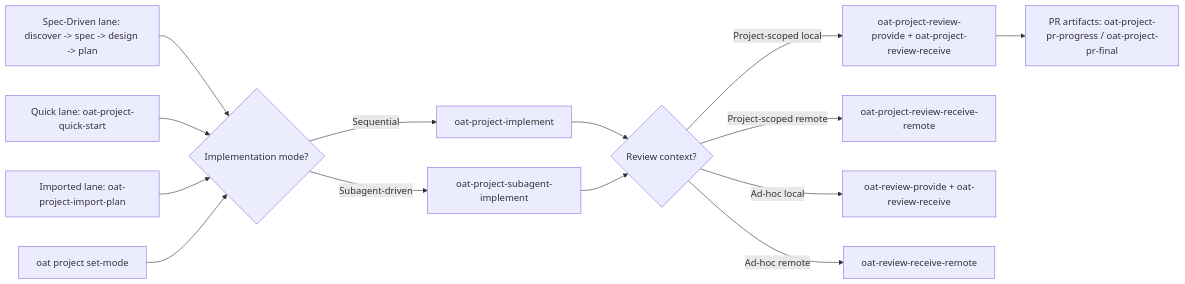
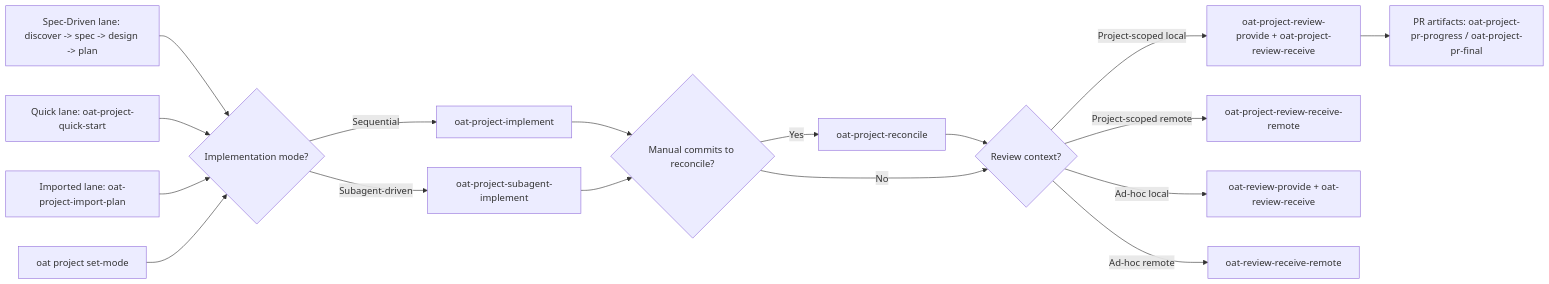
The second of 2 diagrams in README.md (tkstang/open-agent-toolkit), drawn with Mermaid before and after one commit. The commit also changed other lines of this file and 1 other file, not shown here.

Commit message:
docs: add oat-project-reconcile to skills index and README

````diff
--- a/README.md
+++ b/README.md
@@ -279,16 +279,19 @@
 ```mermaid
 flowchart LR
   SpecDriven["Spec-Driven lane: discover -> spec -> design -> plan"] --> Mode{"Implementation mode?"}
   Quick["Quick lane: oat-project-quick-start"] --> Mode
   Import["Imported lane: oat-project-import-plan"] --> Mode
   Mode -->|Sequential| ImplementSeq["oat-project-implement"]
   Mode -->|Subagent-driven| ImplementSub["oat-project-subagent-implement"]
   SetMode["oat project set-mode <mode>"] --> Mode
-  ImplementSeq --> Review{"Review context?"}
-  ImplementSub --> Review
+  ImplementSeq --> Reconcile{"Manual commits to reconcile?"}
+  ImplementSub --> Reconcile
+  Reconcile -->|Yes| ReconcileSkill["oat-project-reconcile"]
+  ReconcileSkill --> Review{"Review context?"}
+  Reconcile -->|No| Review
   Review -->|Project-scoped local| ProjectReview["oat-project-review-provide + oat-project-review-receive"]
   Review -->|Project-scoped remote| ProjectReviewRemote["oat-project-review-receive-remote"]
   Review -->|Ad-hoc local| AdHocReview["oat-review-provide + oat-review-receive"]
   Review -->|Ad-hoc remote| AdHocReviewRemote["oat-review-receive-remote"]
   ProjectReview --> PR["PR artifacts: oat-project-pr-progress / oat-project-pr-final"]
 ```
````
